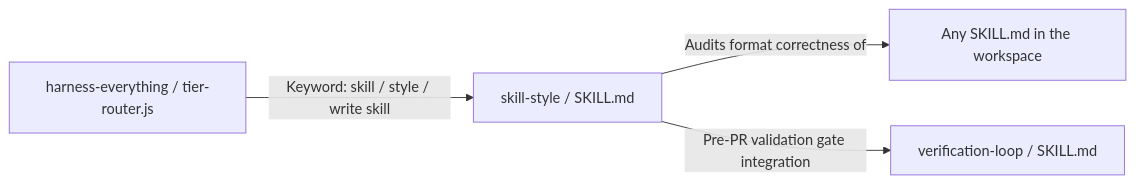
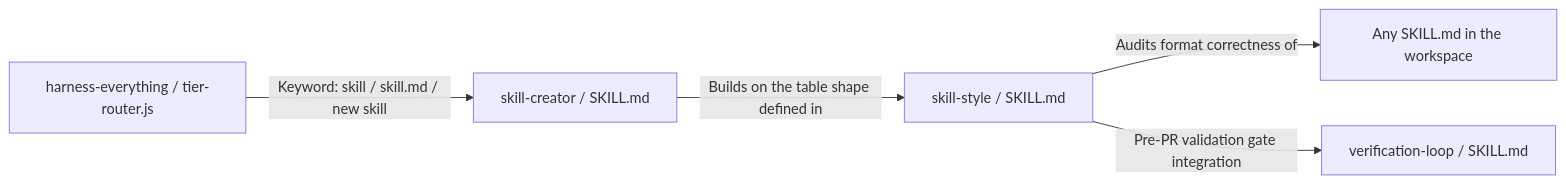
One commit to dyphn1/Harness-everything changed the second of 3 diagrams in docs/workflows/skill-style.md. Above: the diagram before and after it, drawn with Mermaid. The commit also changed other lines of this file and 17 other files, not shown here.

First line of the commit message:
feat(skills): add skill-creator, audit skill quality, and fix cross-file duplication

````diff
--- a/docs/workflows/skill-style.md
+++ b/docs/workflows/skill-style.md
@@ -30,6 +30,7 @@
 ```mermaid
 graph LR
-  Router["harness-everything / tier-router.js"] -->|Keyword: skill / style / write skill| SkillStyle["skill-style / SKILL.md"]
+  Router["harness-everything / tier-router.js"] -->|Keyword: skill / skill.md / new skill| Creator["skill-creator / SKILL.md"]
+  Creator -->|Builds on the table shape defined in| SkillStyle["skill-style / SKILL.md"]
   SkillStyle -->|Audits format correctness of| OtherSkills["Any SKILL.md in the workspace"]
   SkillStyle -->|Pre-PR validation gate integration| VerLoop["verification-loop / SKILL.md"]
 ```
````
